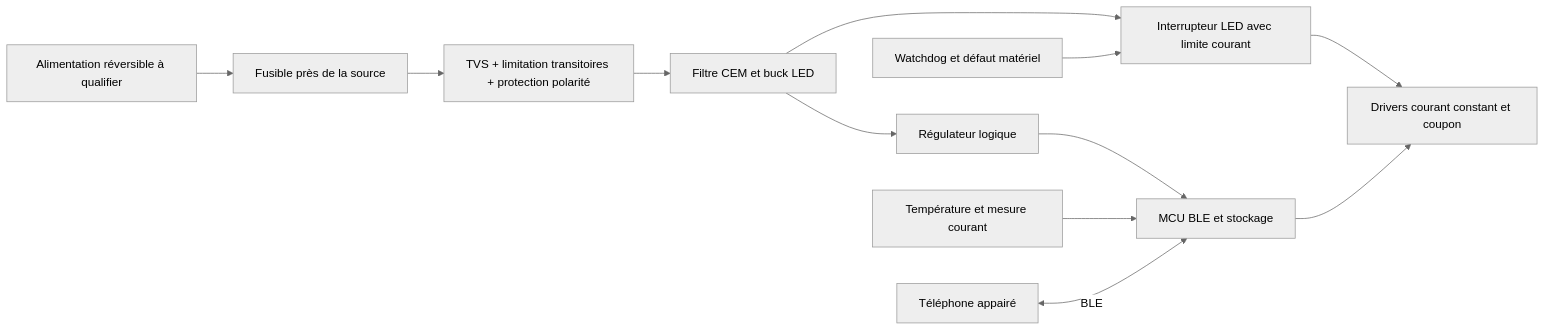
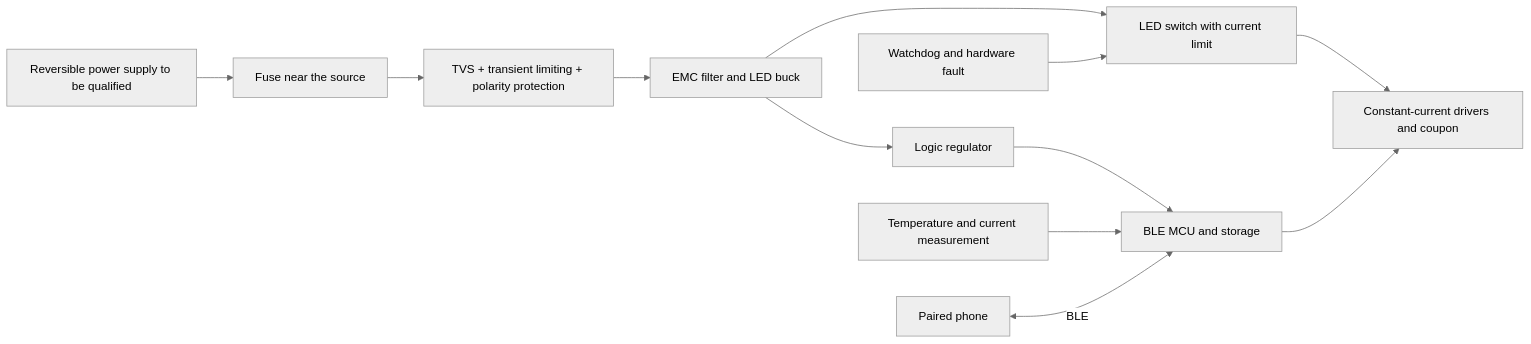
The diagram in docs/projects/993-programmable-rear-panel/electronics.md (cluster2600/porscheparts), drawn with Mermaid (neutral theme) before and after one commit. The commit also changed other lines of this file and 15 other files, not shown here.

````diff
--- a/docs/projects/993-programmable-rear-panel/electronics.md
+++ b/docs/projects/993-programmable-rear-panel/electronics.md
@@ -15,14 +15,14 @@
 ```mermaid
 flowchart LR
-  A[Alimentation réversible à qualifier] --> B[Fusible près de la source]
-  B --> C[TVS + limitation transitoires + protection polarité]
-  C --> D[Filtre CEM et buck LED]
-  D --> E[Interrupteur LED avec limite courant]
-  E --> F[Drivers courant constant et coupon]
-  D --> G[Régulateur logique]
-  G --> H[MCU BLE et stockage]
+  A[Reversible power supply to be qualified] --> B[Fuse near the source]
+  B --> C[TVS + transient limiting + polarity protection]
+  C --> D[EMC filter and LED buck]
+  D --> E[LED switch with current limit]
+  E --> F[Constant-current drivers and coupon]
+  D --> G[Logic regulator]
+  G --> H[BLE MCU and storage]
   H --> F
-  I[Température et mesure courant] --> H
-  J[Watchdog et défaut matériel] --> E
-  K[Téléphone appairé] <-->|BLE| H
+  I[Temperature and current measurement] --> H
+  J[Watchdog and hardware fault] --> E
+  K[Paired phone] <-->|BLE| H
 ```
````
